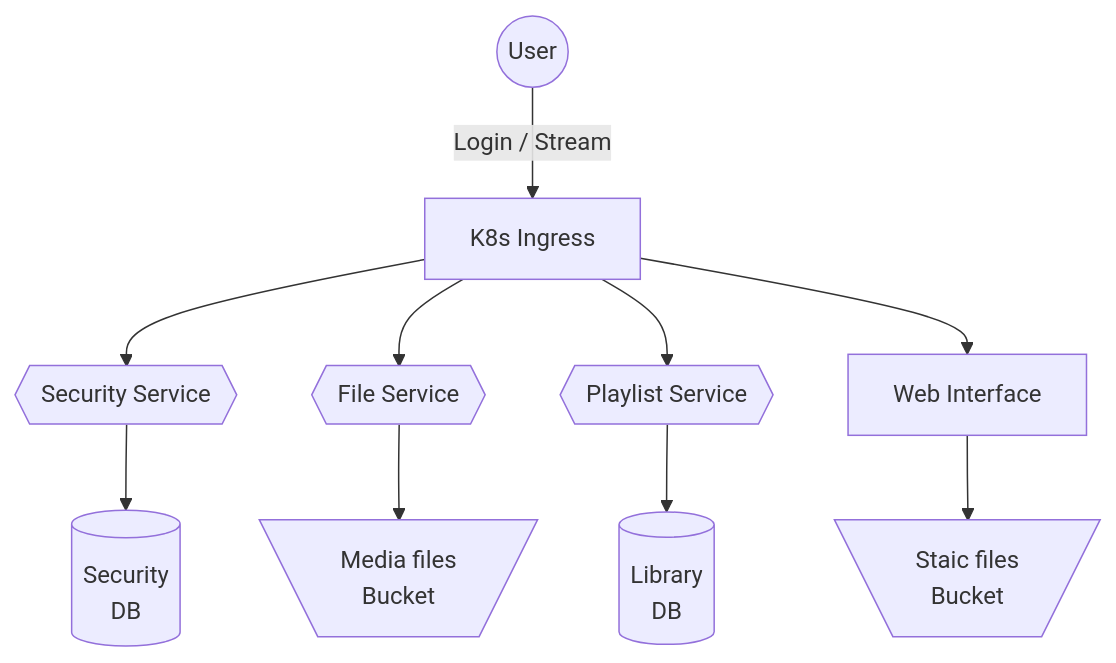
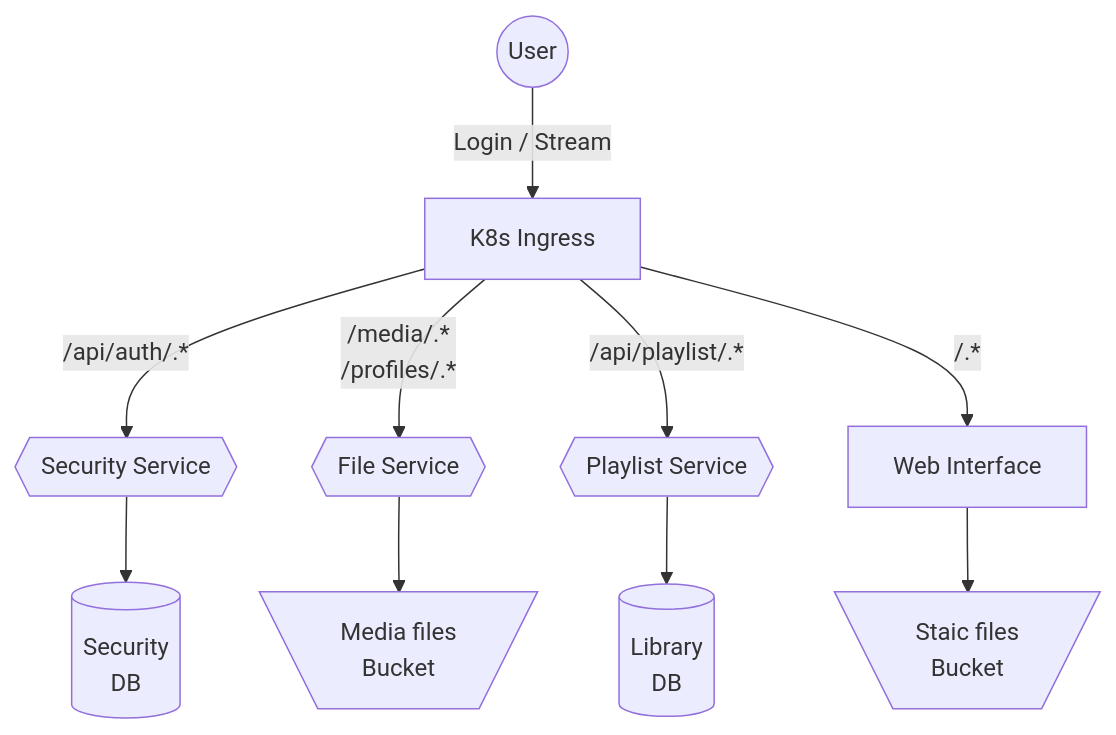
The diagram in README.md (Krr0ptioN/goran-by-sia), drawn with Mermaid before and after one commit.

Commit message:
docs: Update README.md
add api paths

````diff
--- a/README.md
+++ b/README.md
@@ -26,10 +26,10 @@
 ```mermaid
 graph TD;
     A((User)) -->|Login / Stream| B[K8s Ingress]
-    B --> C{{Security Service}}
-    B --> D{{File Service}} --> K[\ Media files<br /> Bucket/]
-    B --> E{{Playlist Service}}
-    B --> F[Web Interface] --> SX[\Staic files <br /> Bucket/]
+    B --> |/api/auth/.*|C{{Security Service}}
+    B --> |/media/.*<br/>/profiles/.*|D{{File Service}} --> K[\ Media files<br /> Bucket/]
+    B --> |/api/playlist/.*|E{{Playlist Service}}
+    B --> |/.*|F[Web Interface] --> SX[\Staic files <br /> Bucket/]
     C --> G1[(Security<br/>DB)]
     E --> G2[(Library<br/>DB)]
 ```
````
